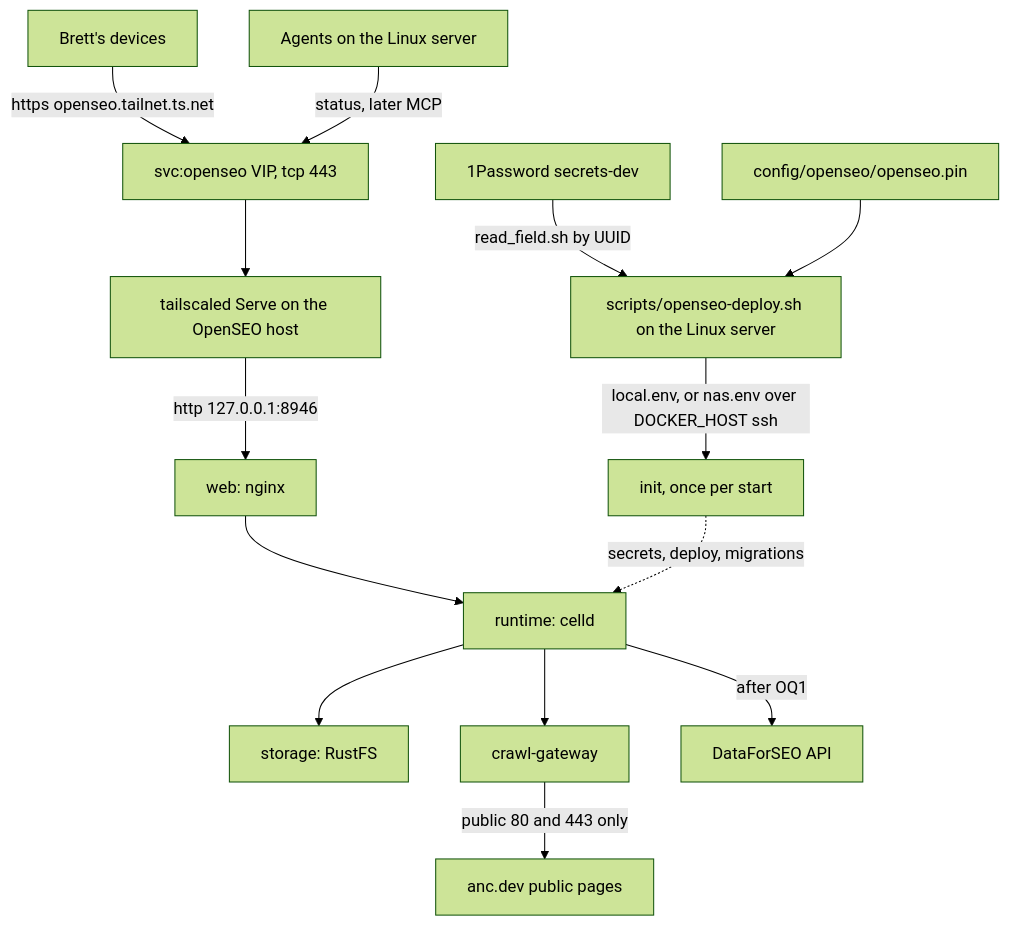
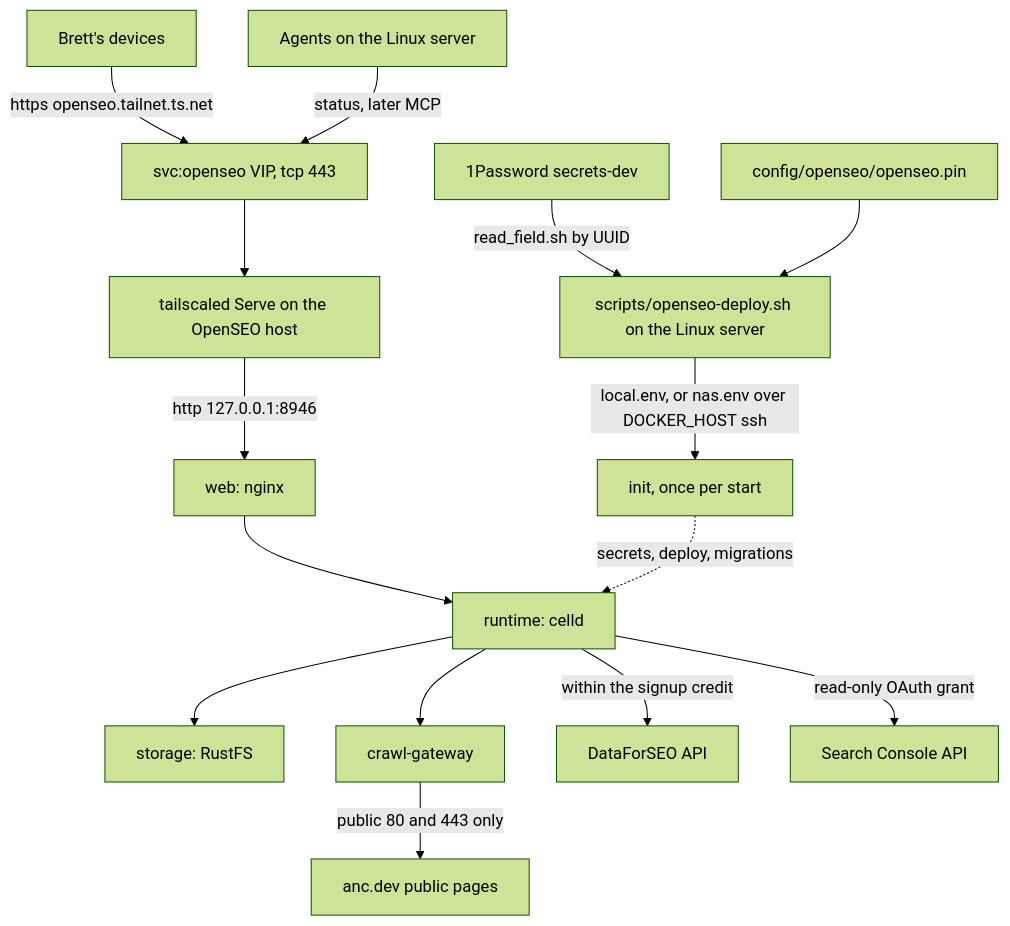
One commit to brettdavies/dotfiles changed the first of 4 diagrams in docs/plans/2026-11-06-0100-feat-openseo-tailnet-service-plan.md. Above: the diagram before and after it, drawn with Mermaid (forest theme). The commit also changed other lines of this file, not shown here.

First line of the commit message:
docs(plan): record Brett's settled decisions in the OpenSEO plan

````diff
--- a/docs/plans/2026-11-06-0100-feat-openseo-tailnet-service-plan.md
+++ b/docs/plans/2026-11-06-0100-feat-openseo-tailnet-service-plan.md
@@ -361,16 +385,17 @@
 ```mermaid
 flowchart TB
   mac[Brett's devices] -->|https openseo.tailnet.ts.net| vip[svc:openseo VIP, tcp 443]
   agents[Agents on the Linux server] -->|status, later MCP| vip
   vip --> serve[tailscaled Serve on the OpenSEO host]
   serve -->|http 127.0.0.1:8946| web[web: nginx]
   web --> runtime[runtime: celld]
   runtime --> storage[storage: RustFS]
   runtime --> gw[crawl-gateway]
   gw -->|public 80 and 443 only| anc[anc.dev public pages]
-  runtime -->|after OQ1| dfs[DataForSEO API]
+  runtime -->|within the signup credit| dfs[DataForSEO API]
+  runtime -->|read-only OAuth grant| gsc[Search Console API]
   init[init, once per start] -.->|secrets, deploy, migrations| runtime
   op[1Password secrets-dev] -->|read_field.sh by UUID| deploy[scripts/openseo-deploy.sh on the Linux server]
   pin[config/openseo/openseo.pin] --> deploy
   deploy -->|local.env, or nas.env over DOCKER_HOST ssh| init
 ```
````
